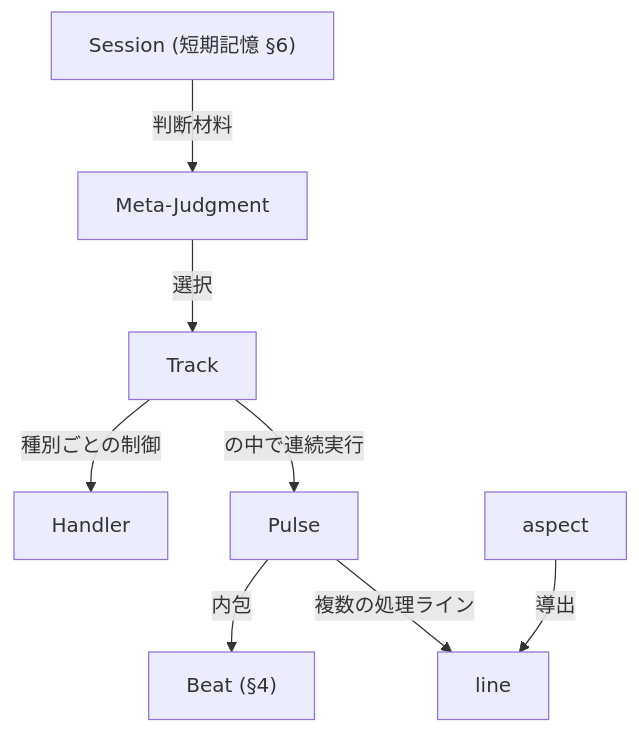
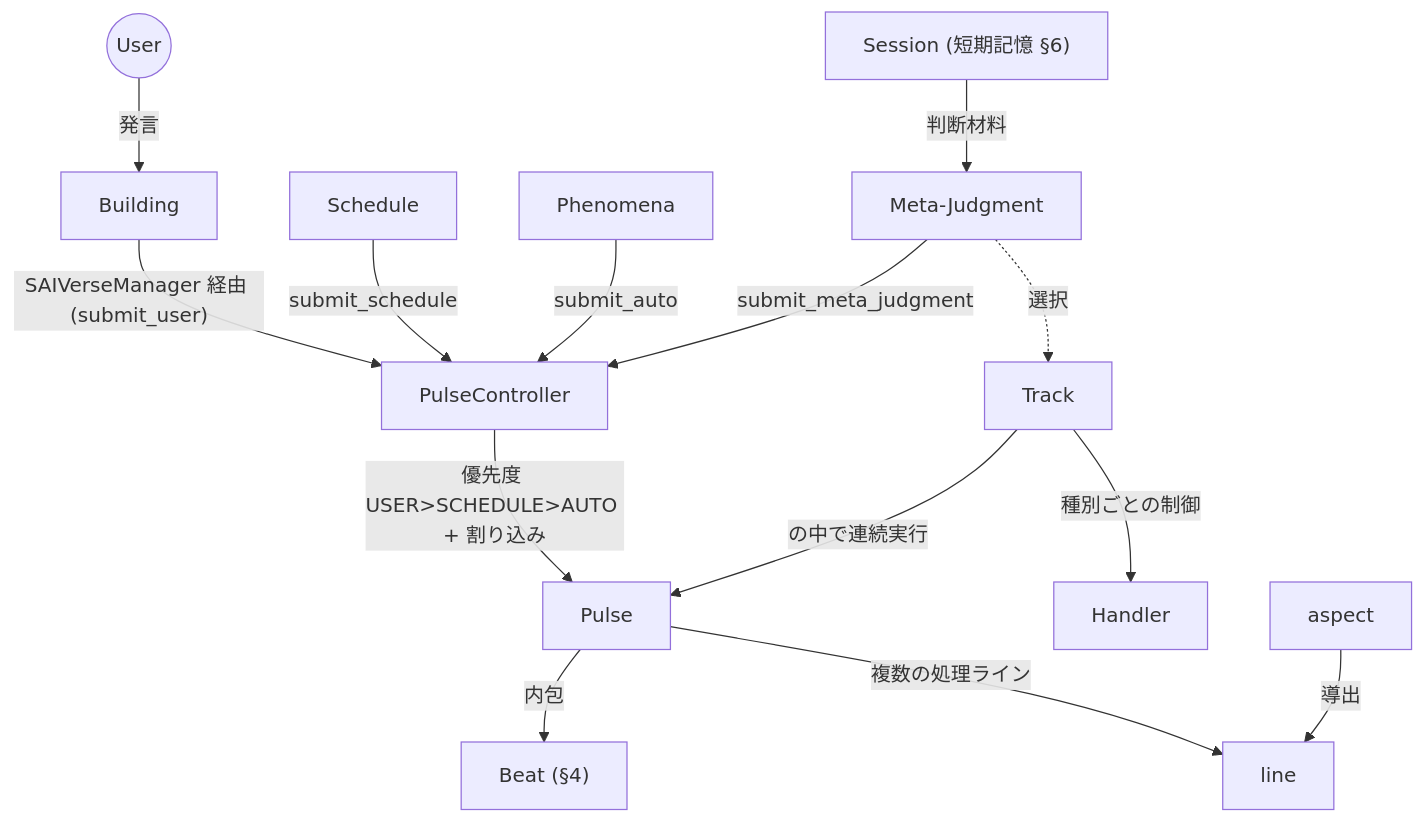
One commit to maha0525/SAIVerse changed the third of 7 diagrams in docs/overview/landscape.md. Above: the diagram before and after it, drawn with Mermaid. The commit also changed other lines of this file, not shown here.

First line of the commit message:
俯瞰地図: PulseController = Pulse 起動の制御層を反映

````diff
--- a/docs/overview/landscape.md
+++ b/docs/overview/landscape.md
@@ -128,10 +136,16 @@
 ```mermaid
 graph TD
+    User((User)) -->|発言| Building
+    Building -->|"SAIVerseManager 経由 (submit_user)"| PulseController
+    Schedule -->|submit_schedule| PulseController
+    Phenomena -->|submit_auto| PulseController
     Session["Session (短期記憶 §6)"] -->|判断材料| MetaJudgment["Meta-Judgment"]
-    MetaJudgment -->|選択| Track
+    MetaJudgment -->|submit_meta_judgment| PulseController
+    PulseController -->|"優先度 USER>SCHEDULE>AUTO + 割り込み"| Pulse
+    MetaJudgment -.->|選択| Track
     Track -->|種別ごとの制御| Handler
     Track -->|の中で連続実行| Pulse
     Pulse -->|内包| Beat["Beat (§4)"]
     Pulse -->|複数の処理ライン| line
     aspect -->|導出| line
 ```
````
